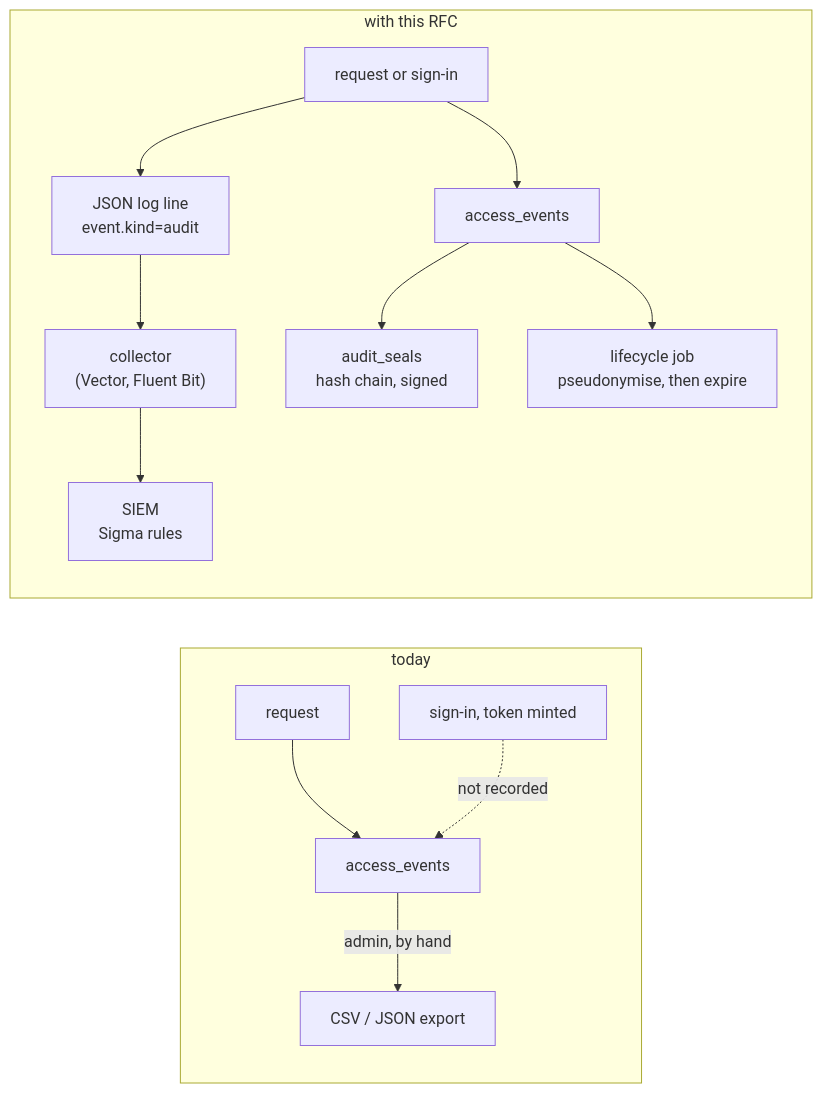
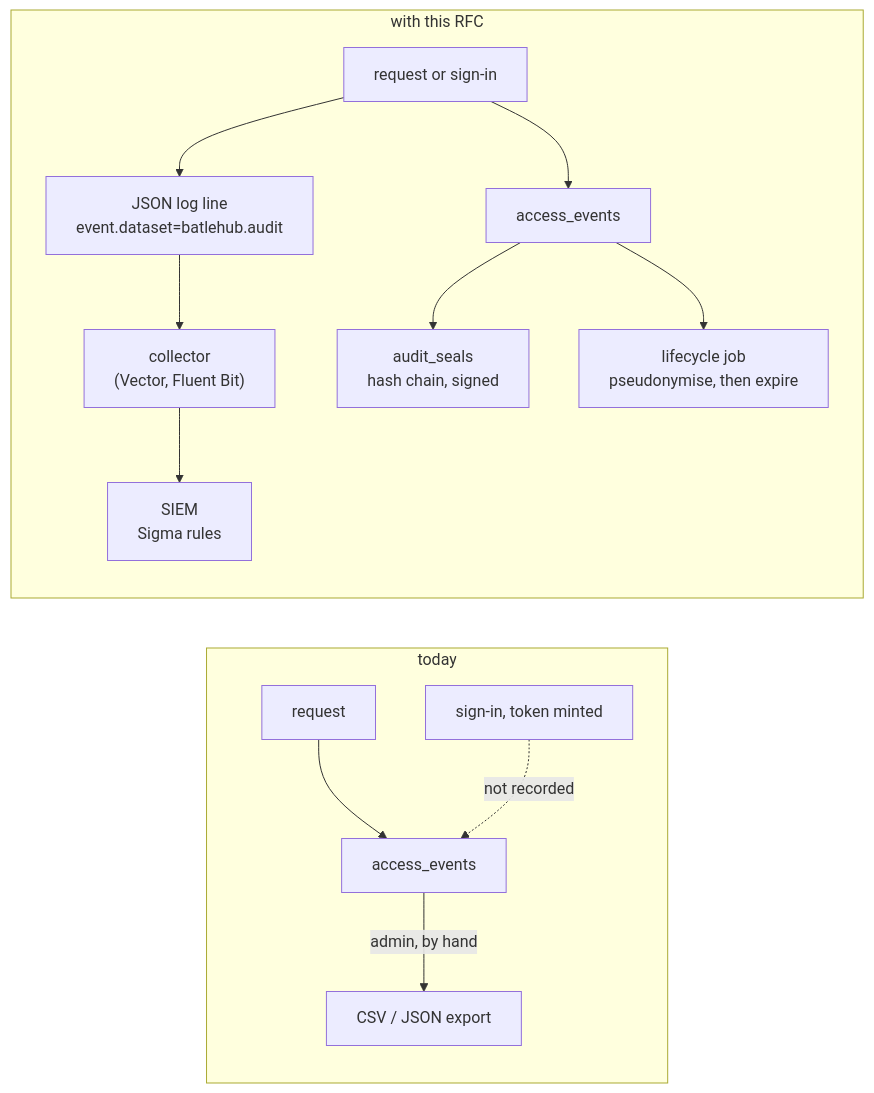
Before and after one commit to batlehub/batlehub: the first of 4 diagrams in docs/rfc/0036-regulatory-alignment.md, drawn with Mermaid. The commit also changed other lines of this file and 3 other files, not shown here.

````diff
--- a/docs/rfc/0036-regulatory-alignment.md
+++ b/docs/rfc/0036-regulatory-alignment.md
@@ -69,15 +71,15 @@
 ```mermaid
 flowchart LR
     subgraph T["today"]
         R1["request"] --> A1["access_events"]
         A1 -->|"admin, by hand"| X1["CSV / JSON export"]
         L1["sign-in, token minted"] -.->|"not recorded"| A1
     end
     subgraph W["with this RFC"]
         R2["request or sign-in"] --> A2["access_events"]
-        R2 --> S2["JSON log line<br/>event.kind=audit"]
+        R2 --> S2["JSON log line<br/>event.dataset=batlehub.audit"]
         S2 --> C2["collector<br/>(Vector, Fluent Bit)"] --> SIEM["SIEM<br/>Sigma rules"]
         A2 --> SEAL["audit_seals<br/>hash chain, signed"]
         A2 --> LC["lifecycle job<br/>pseudonymise, then expire"]
     end
 ```
````
